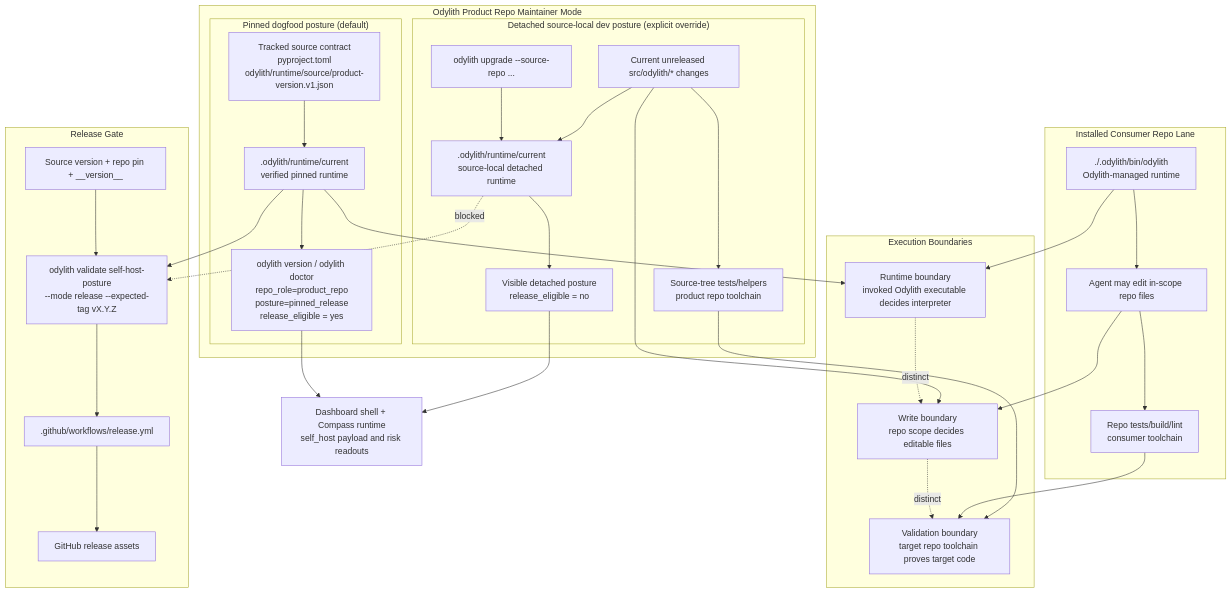
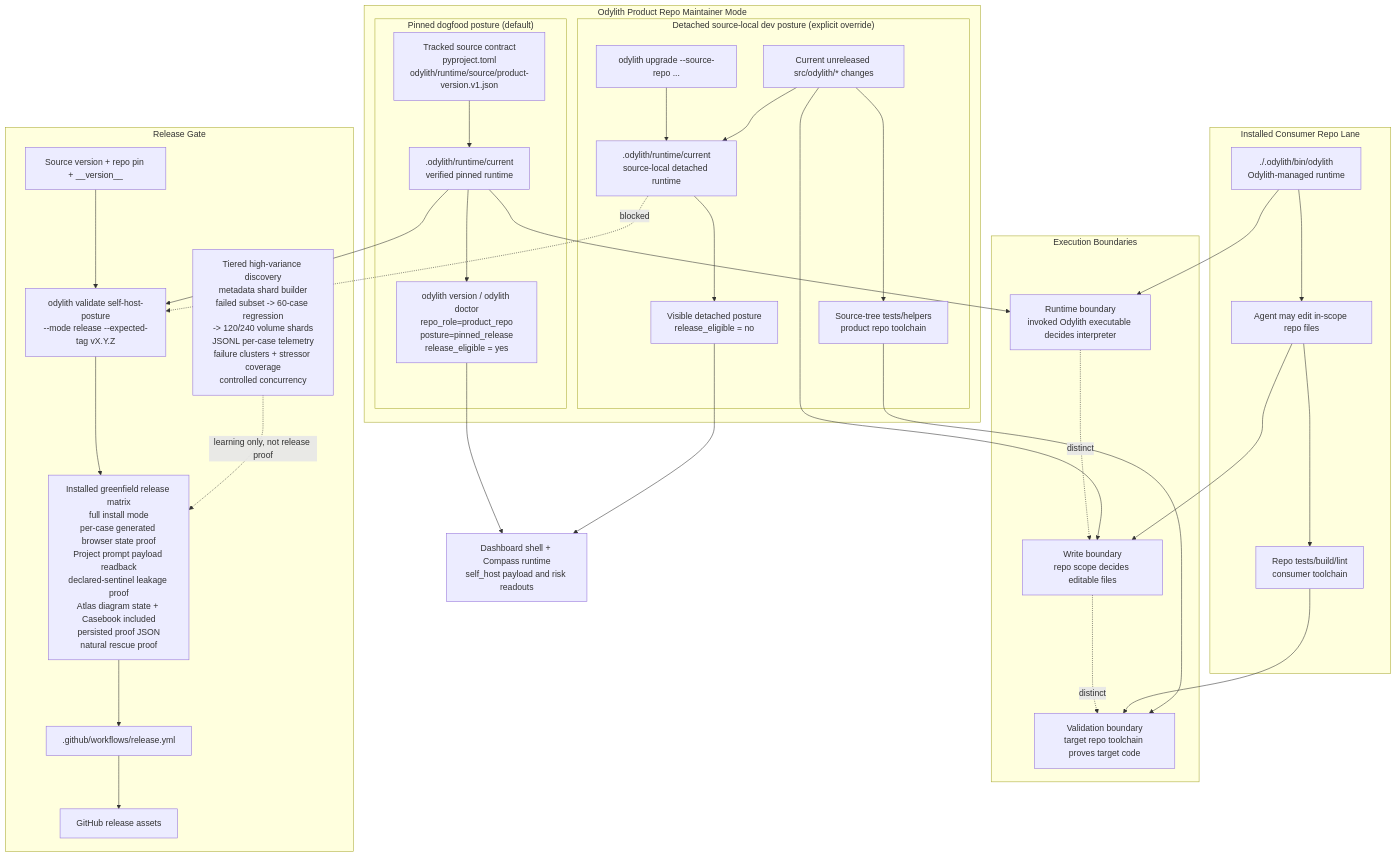
The diagram in odylith/atlas/source/odylith-self-host-runtime-and-release-gate.mmd (odylith/odylith), drawn with Mermaid before and after one commit. The commit also changed 3038 other files, not shown here.

First line of the commit message:
Prepare v0.1.15 Greenfield release (#34)

```diff
--- a/odylith/atlas/source/odylith-self-host-runtime-and-release-gate.mmd
+++ b/odylith/atlas/source/odylith-self-host-runtime-and-release-gate.mmd
@@ -1,54 +1,57 @@
 flowchart TB
     subgraph Consumer["Installed Consumer Repo Lane"]
         ConsumerLauncher["./.odylith/bin/odylith<br/>Odylith-managed runtime"]
         ConsumerWrites["Agent may edit in-scope repo files"]
         ConsumerToolchain["Repo tests/build/lint<br/>consumer toolchain"]
         ConsumerLauncher --> ConsumerWrites --> ConsumerToolchain
     end
 
     subgraph Maintainer["Odylith Product Repo Maintainer Mode"]
         subgraph Dogfood["Pinned dogfood posture (default)"]
             Source["Tracked source contract<br/>pyproject.toml<br/>odylith/runtime/source/product-version.v1.json"]
             Runtime[".odylith/runtime/current<br/>verified pinned runtime"]
             Status["odylith version / odylith doctor<br/>repo_role=product_repo<br/>posture=pinned_release<br/>release_eligible = yes"]
             Source --> Runtime --> Status
         end
 
         subgraph Dev["Detached source-local dev posture (explicit override)"]
             Override["odylith upgrade --source-repo ..."]
             Detached[".odylith/runtime/current<br/>source-local detached runtime"]
             LiveSource["Current unreleased src/odylith/* changes"]
             DevHelpers["Source-tree tests/helpers<br/>product repo toolchain"]
             DetachedStatus["Visible detached posture<br/>release_eligible = no"]
             Override --> Detached --> DetachedStatus
             LiveSource --> Detached
             LiveSource --> DevHelpers
         end
     end
 
     subgraph Boundaries["Execution Boundaries"]
         RuntimeBoundary["Runtime boundary<br/>invoked Odylith executable decides interpreter"]
         WriteBoundary["Write boundary<br/>repo scope decides editable files"]
         ValidationBoundary["Validation boundary<br/>target repo toolchain proves target code"]
         RuntimeBoundary -. distinct .-> WriteBoundary
         WriteBoundary -. distinct .-> ValidationBoundary
     end
 
     subgraph Gate["Release Gate"]
         Pin["Source version + repo pin + __version__"]
         Validate["odylith validate self-host-posture<br/>--mode release --expected-tag vX.Y.Z"]
+        Discovery["Tiered high-variance discovery<br/>metadata shard builder<br/>failed subset -> 60-case regression<br/>-> 120/240 volume shards<br/>JSONL per-case telemetry<br/>failure clusters + stressor coverage<br/>controlled concurrency"]
+        Matrix["Installed greenfield release matrix<br/>full install mode<br/>per-case generated browser state proof<br/>Project prompt payload readback<br/>declared-sentinel leakage proof<br/>Atlas diagram state + Casebook included<br/>persisted proof JSON<br/>natural rescue proof"]
         Workflow[".github/workflows/release.yml"]
         Publish["GitHub release assets"]
-        Pin --> Validate --> Workflow --> Publish
+        Pin --> Validate --> Matrix --> Workflow --> Publish
+        Discovery -. learning only, not release proof .-> Matrix
     end
 
     ConsumerLauncher --> RuntimeBoundary
     ConsumerWrites --> WriteBoundary
     ConsumerToolchain --> ValidationBoundary
     Runtime --> RuntimeBoundary
     LiveSource --> WriteBoundary
     DevHelpers --> ValidationBoundary
     Runtime --> Validate
     Detached -. blocked .-> Validate
     Status --> Readouts["Dashboard shell + Compass runtime<br/>self_host payload and risk readouts"]
     DetachedStatus --> Readouts
```
